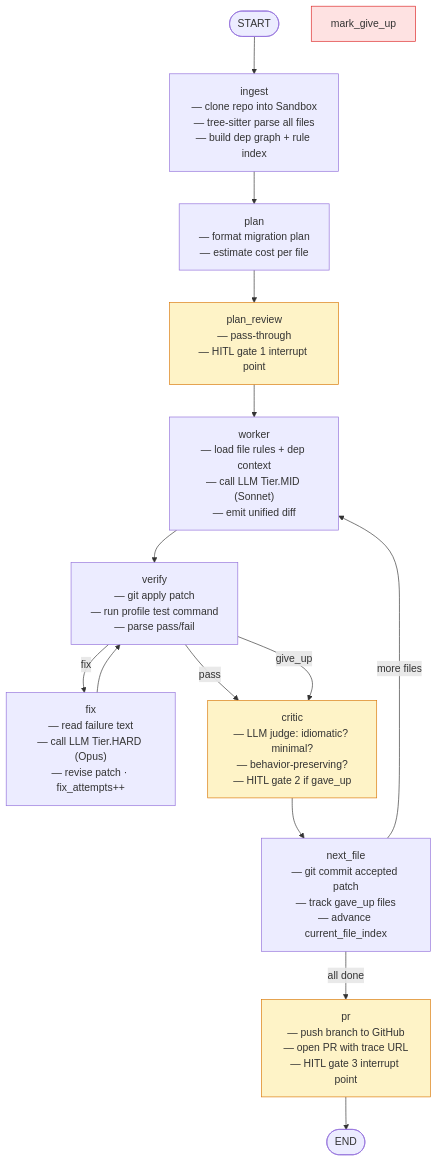
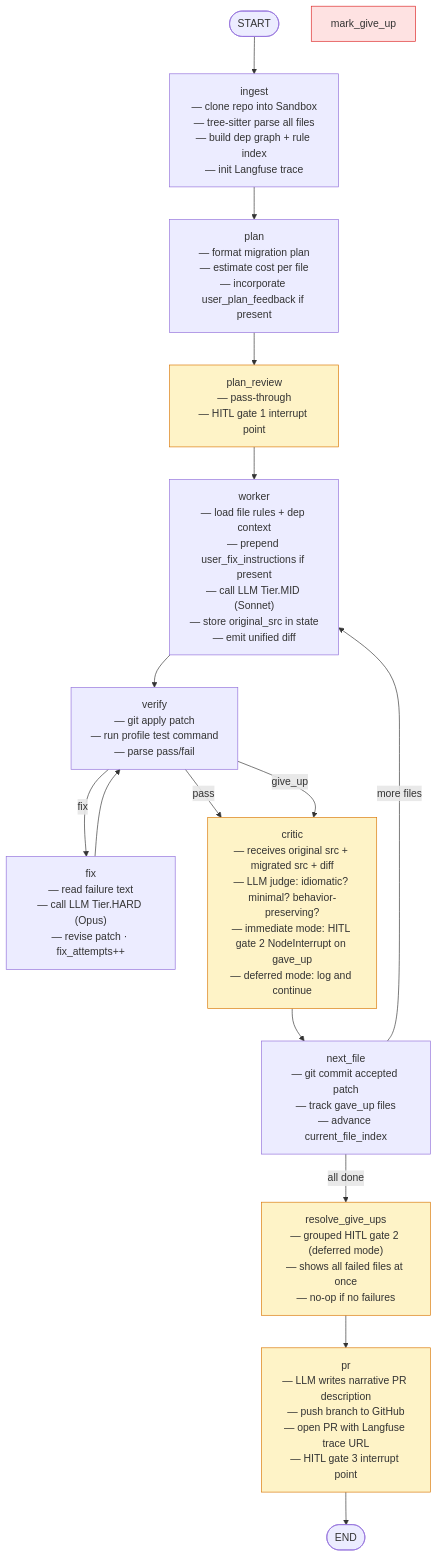
One commit to geogoesbeepboop/code-migration-agent changed the first of 6 diagrams in docs/architecture.md. Above: the diagram before and after it, drawn with Mermaid. The commit also changed other lines of this file and 42 other files, not shown here.

````diff
--- a/docs/architecture.md
+++ b/docs/architecture.md
@@ -34,33 +34,36 @@
 ```mermaid
 flowchart TD
     START([START]) --> ingest
 
-    ingest["ingest\n— clone repo into Sandbox\n— tree-sitter parse all files\n— build dep graph + rule index"]
-    plan["plan\n— format migration plan\n— estimate cost per file"]
+    ingest["ingest\n— clone repo into Sandbox\n— tree-sitter parse all files\n— build dep graph + rule index\n— init Langfuse trace"]
+    plan["plan\n— format migration plan\n— estimate cost per file\n— incorporate user_plan_feedback if present"]
     plan_review["plan_review\n— pass-through\n— HITL gate 1 interrupt point"]
-    worker["worker\n— load file rules + dep context\n— call LLM Tier.MID (Sonnet)\n— emit unified diff"]
+    worker["worker\n— load file rules + dep context\n— prepend user_fix_instructions if present\n— call LLM Tier.MID (Sonnet)\n— store original_src in state\n— emit unified diff"]
     verify["verify\n— git apply patch\n— run profile test command\n— parse pass/fail"]
     fix["fix\n— read failure text\n— call LLM Tier.HARD (Opus)\n— revise patch · fix_attempts++"]
-    critic["critic\n— LLM judge: idiomatic? minimal?\n— behavior-preserving?\n— HITL gate 2 if gave_up"]
+    critic["critic\n— receives original src + migrated src + diff\n— LLM judge: idiomatic? minimal? behavior-preserving?\n— immediate mode: HITL gate 2 NodeInterrupt on gave_up\n— deferred mode: log and continue"]
     next_file["next_file\n— git commit accepted patch\n— track gave_up files\n— advance current_file_index"]
-    pr["pr\n— push branch to GitHub\n— open PR with trace URL\n— HITL gate 3 interrupt point"]
+    resolve_give_ups["resolve_give_ups\n— grouped HITL gate 2 (deferred mode)\n— shows all failed files at once\n— no-op if no failures"]
+    pr["pr\n— LLM writes narrative PR description\n— push branch to GitHub\n— open PR with Langfuse trace URL\n— HITL gate 3 interrupt point"]
     END_NODE([END])
 
     ingest --> plan
     plan --> plan_review
     plan_review --> worker
     worker --> verify
     verify -->|pass| critic
     verify -->|fix| fix
     verify -->|give_up| critic
     fix --> verify
     critic --> next_file
     next_file -->|more files| worker
-    next_file -->|all done| pr
+    next_file -->|all done| resolve_give_ups
+    resolve_give_ups --> pr
     pr --> END_NODE
 
     style plan_review fill:#fef3c7,stroke:#d97706
     style critic fill:#fef3c7,stroke:#d97706
+    style resolve_give_ups fill:#fef3c7,stroke:#d97706
     style pr fill:#fef3c7,stroke:#d97706
     style mark_give_up fill:#fee2e2,stroke:#dc2626
 ```
````
